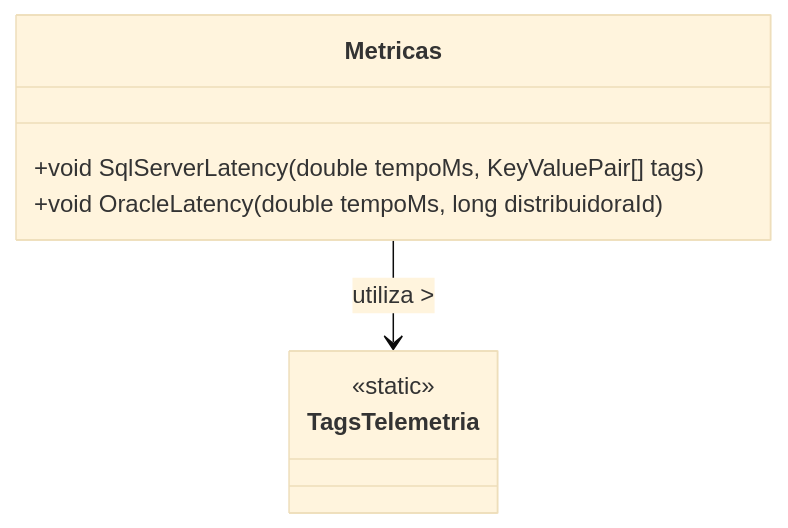
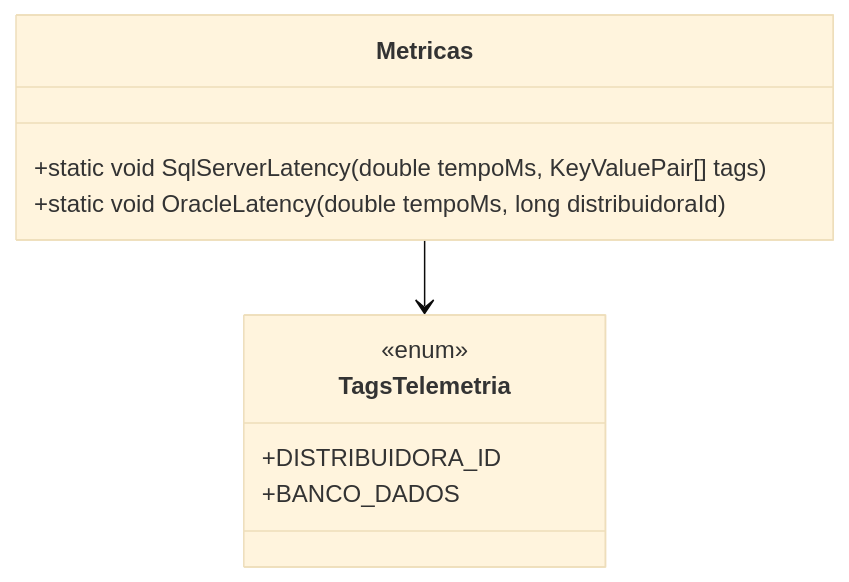
The diagram in docs/b2b-dominio/IsthmusWinthor.Nucleo/IsthmusWinthor.Dominio/Monitoramentos/Metricas.md (IsthmusSistemas/documentacao-tecnica), drawn with Mermaid (base theme) before and after one commit. The commit also changed other lines of this file and 882 other files, not shown here.

````diff
--- a/docs/b2b-dominio/IsthmusWinthor.Nucleo/IsthmusWinthor.Dominio/Monitoramentos/Metricas.md
+++ b/docs/b2b-dominio/IsthmusWinthor.Nucleo/IsthmusWinthor.Dominio/Monitoramentos/Metricas.md
@@ -36,11 +37,15 @@
 ```mermaid
 classDiagram
     class Metricas {
-        +void SqlServerLatency(double tempoMs, KeyValuePair<string, object>[] tags)
-        +void OracleLatency(double tempoMs, long distribuidoraId)
+        +static void SqlServerLatency(double tempoMs, KeyValuePair<string, object>[] tags)
+        +static void OracleLatency(double tempoMs, long distribuidoraId)
     }
+
     class TagsTelemetria {
-        <<static>>
+        <<enum>>
+        +DISTRIBUIDORA_ID
+        +BANCO_DADOS
     }
-    Metricas --> TagsTelemetria : utiliza >
+
+    Metricas --> TagsTelemetria
 ```
````
